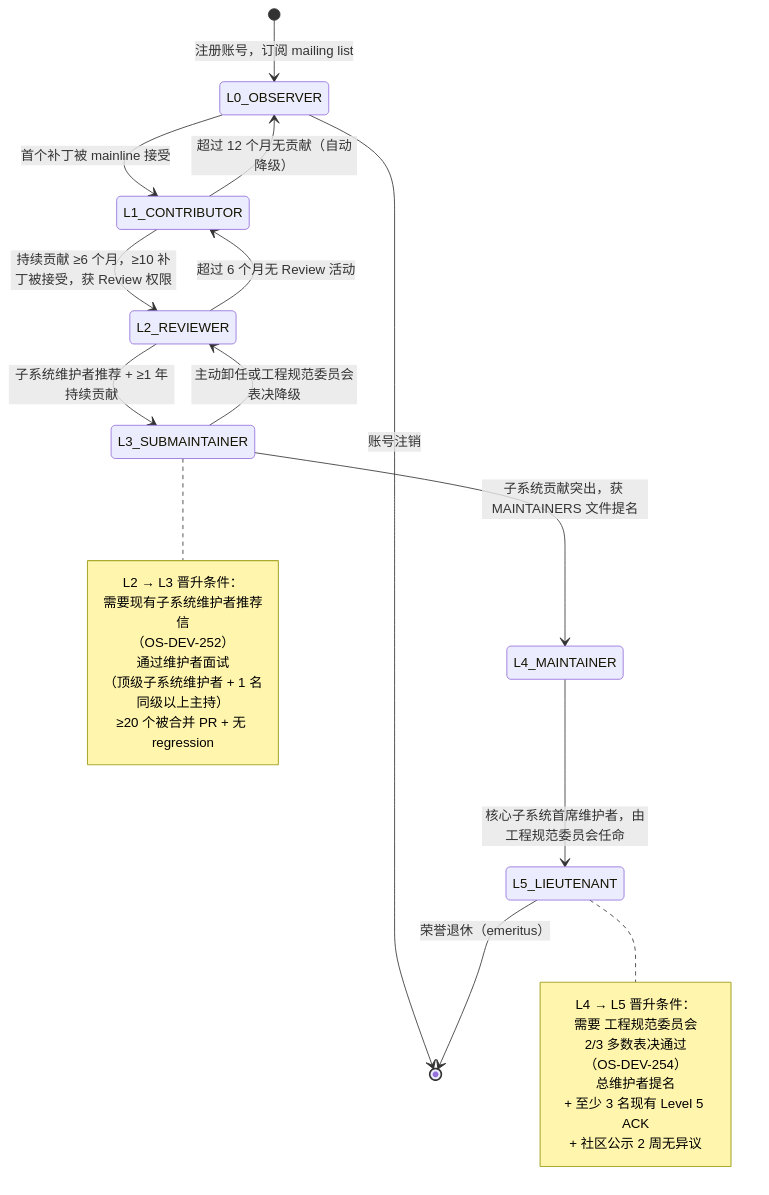
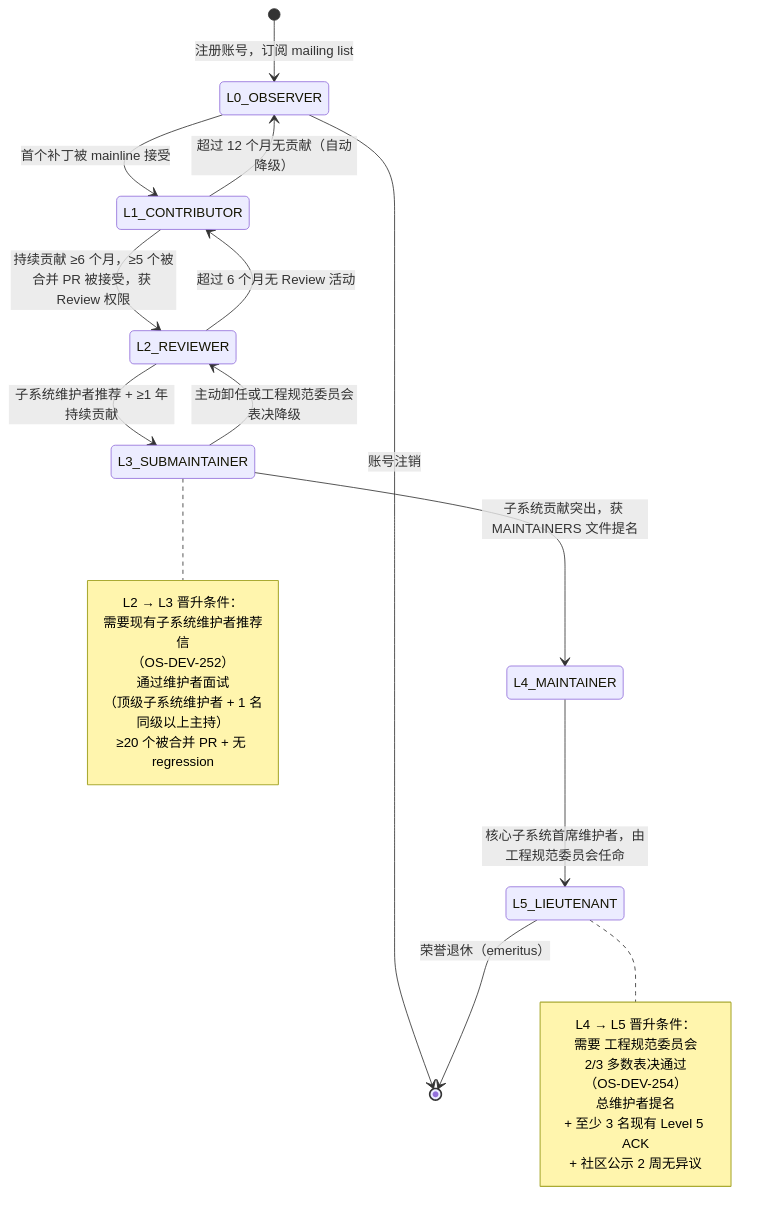
The third of 5 diagrams in AirymaxOS/120-development-process/02-maintainer-hierarchy.md (openairymax/docs), drawn with Mermaid before and after one commit. The commit also changed other lines of this file and 135 other files, not shown here.

````diff
--- a/AirymaxOS/120-development-process/02-maintainer-hierarchy.md
+++ b/AirymaxOS/120-development-process/02-maintainer-hierarchy.md
@@ -302,39 +302,39 @@
 ```mermaid
 stateDiagram-v2
     [*] --> L0_OBSERVER: 注册账号，订阅 mailing list
 
     L0_OBSERVER --> L1_CONTRIBUTOR: 首个补丁被 mainline 接受
     L0_OBSERVER --> [*]: 账号注销
 
-    L1_CONTRIBUTOR --> L2_REVIEWER: 持续贡献 ≥6 个月，≥10 补丁被接受，获 Review 权限
+    L1_CONTRIBUTOR --> L2_REVIEWER: 持续贡献 ≥6 个月，≥5 个被合并 PR 被接受，获 Review 权限
     L1_CONTRIBUTOR --> L0_OBSERVER: 超过 12 个月无贡献（自动降级）
 
     L2_REVIEWER --> L3_SUBMAINTAINER: 子系统维护者推荐 + ≥1 年持续贡献
     L2_REVIEWER --> L1_CONTRIBUTOR: 超过 6 个月无 Review 活动
 
     L3_SUBMAINTAINER --> L4_MAINTAINER: 子系统贡献突出，获 MAINTAINERS 文件提名
     L3_SUBMAINTAINER --> L2_REVIEWER: 主动卸任或工程规范委员会表决降级
 
     L4_MAINTAINER --> L5_LIEUTENANT: 核心子系统首席维护者，由工程规范委员会任命
 
     L5_LIEUTENANT --> [*]: 荣誉退休（emeritus）
 
     note right of L3_SUBMAINTAINER
         L2 → L3 晋升条件：
         需要现有子系统维护者推荐信
         （OS-DEV-252）
         通过维护者面试
         （顶级子系统维护者 + 1 名同级以上主持）
         ≥20 个被合并 PR + 无 regression
     end note
 
     note right of L5_LIEUTENANT
         L4 → L5 晋升条件：
         需要 工程规范委员会
         2/3 多数表决通过
         （OS-DEV-254）
         总维护者提名
         + 至少 3 名现有 Level 5 ACK
         + 社区公示 2 周无异议
     end note
 ```
````
